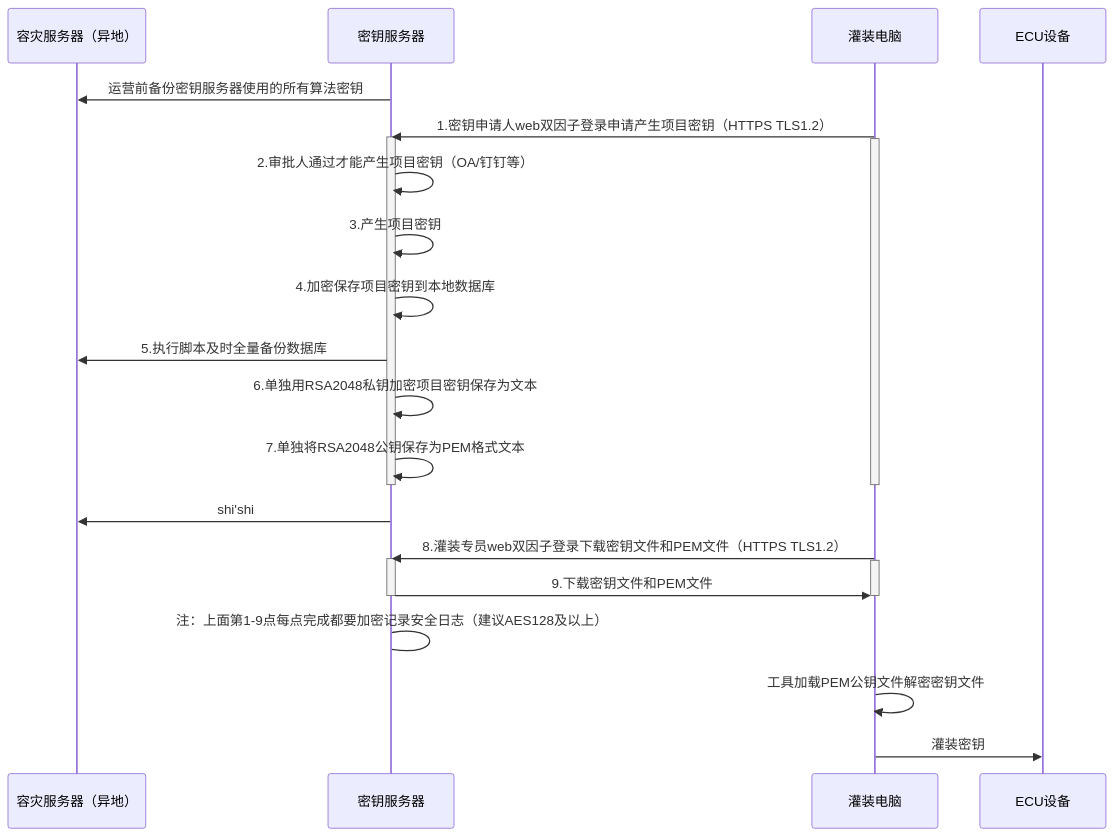
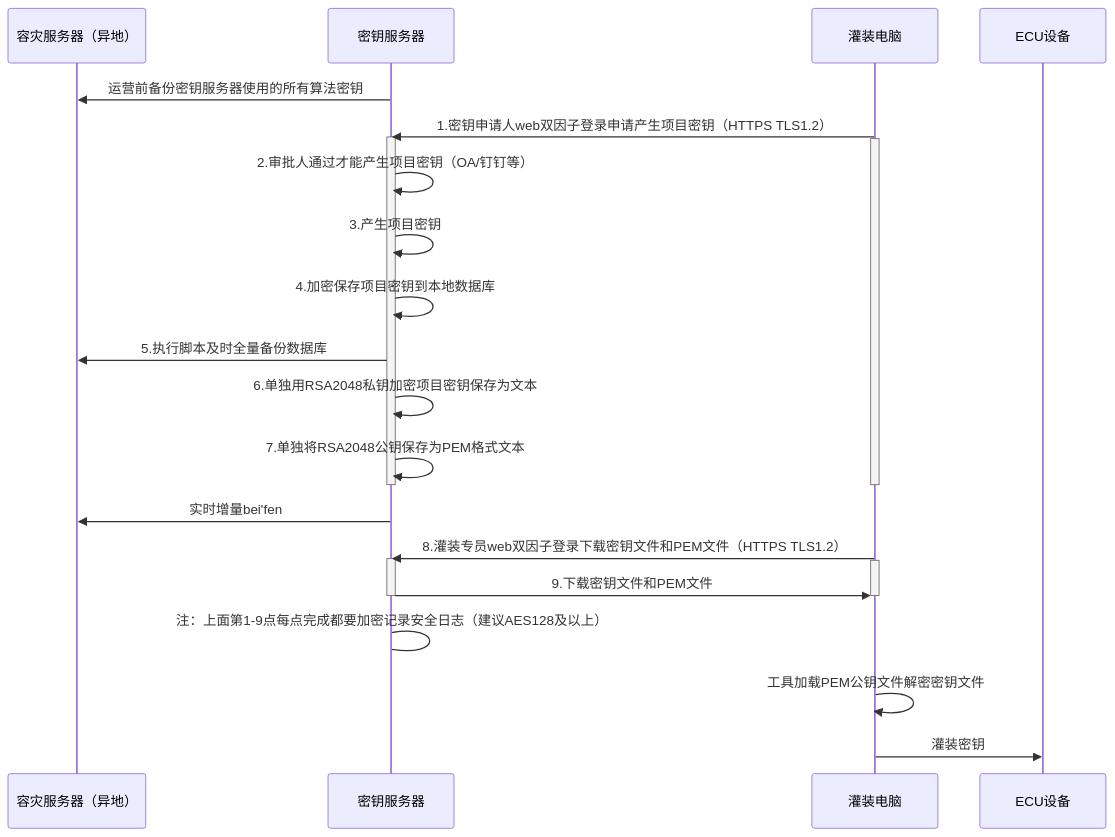
Before and after one commit to facebook-cloud/iodraw-files: the diagram in all/未命名-15.md, drawn with Mermaid.

Commit message:
2026-02-12 16:52:59 update

````diff
--- a/all/未命名-15.md
+++ b/all/未命名-15.md
@@ -1,34 +1,34 @@
 ```mermaid
 sequenceDiagram
     participant A as 容灾服务器（异地）
     participant B as 密钥服务器
     participant D as 灌装电脑
     participant E as ECU设备
 
     B->>A: 运营前备份密钥服务器使用的所有算法密钥
     D->>B: 1.密钥申请人web双因子登录申请产生项目密钥（HTTPS TLS1.2）
     activate B
     activate D
     B->>B: 2.审批人通过才能产生项目密钥（OA/钉钉等）
     B->>B: 3.产生项目密钥
     B->>B: 4.加密保存项目密钥到本地数据库
     B->>A: 5.执行脚本及时全量备份数据库
     B->>B: 6.单独用RSA2048私钥加密项目密钥保存为文本
     B->>B: 7.单独将RSA2048公钥保存为PEM格式文本
     deactivate B
     deactivate D
 
-    B->>A: shi'shi
+    B->>A: 实时增量bei'fen
     
     D->>B: 8.灌装专员web双因子登录下载密钥文件和PEM文件（HTTPS TLS1.2）
     activate B
     activate D
     B->>D: 9.下载密钥文件和PEM文件
     deactivate B
     deactivate D
     B->B: 注：上面第1-9点每点完成都要加密记录安全日志（建议AES128及以上）
 
     D->>D:工具加载PEM公钥文件解密密钥文件
     
     D->>E: 灌装密钥
 ```
````
